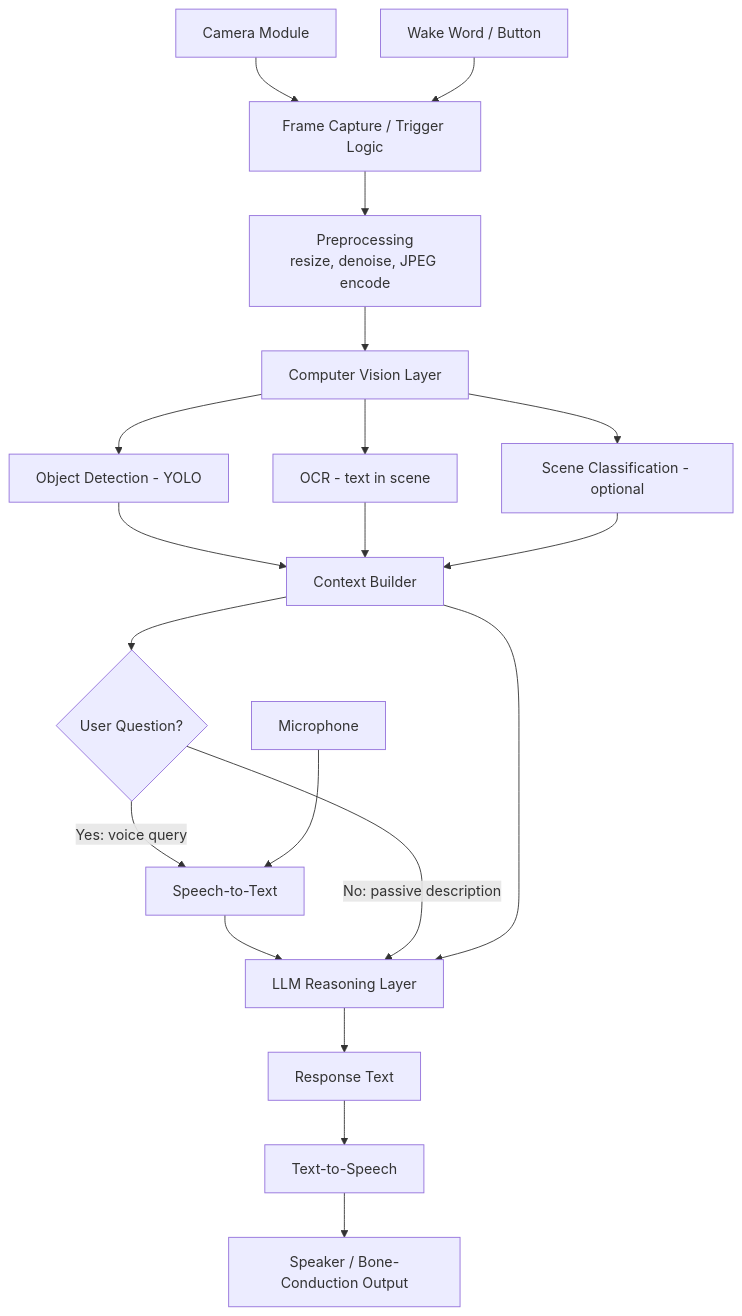
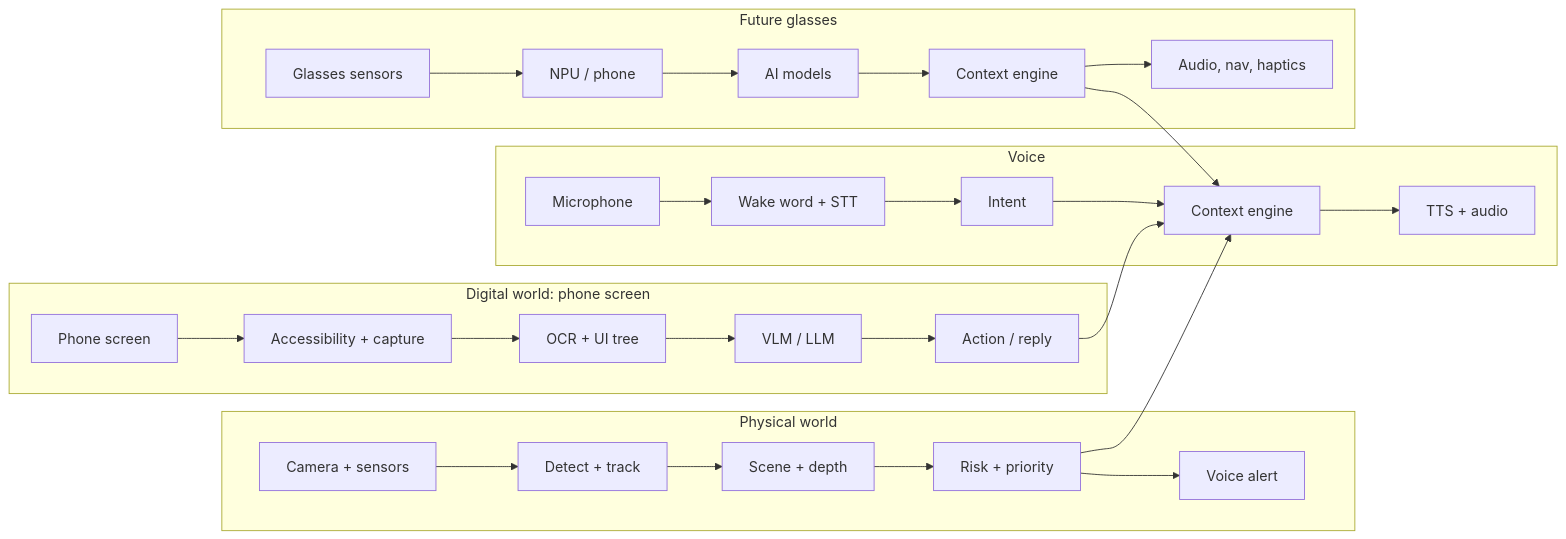
The diagram in README.md (b0o0da/AI-Powered-Smart-Glasses), drawn with Mermaid before and after one commit. The commit also changed other lines of this file and 1 other file, not shown here.

````diff
--- a/README.md
+++ b/README.md
@@ -54,23 +76,30 @@
 ```mermaid
-flowchart TD
-    A[Camera Module] --> B[Frame Capture / Trigger Logic]
-    B --> C[Preprocessing<br/>resize, denoise, JPEG encode]
-    C --> D[Computer Vision Layer]
-    D --> D1[Object Detection - YOLO]
-    D --> D2[OCR - text in scene]
-    D --> D3[Scene Classification - optional]
-    D1 --> E[Context Builder]
-    D2 --> E
-    D3 --> E
-    E --> F{User Question?}
-    F -->|Yes: voice query| G[Speech-to-Text]
-    G --> H[LLM Reasoning Layer]
-    F -->|No: passive description| H
-    E --> H
-    H --> I[Response Text]
-    I --> J[Text-to-Speech]
-    J --> K[Speaker / Bone-Conduction Output]
-
-    L[Microphone] --> G
-    M[Wake Word / Button] --> B
+flowchart LR
+    subgraph Physical[Physical world]
+        A[Camera + sensors] --> B[Detect + track]
+        B --> C[Scene + depth]
+        C --> D[Risk + priority]
+        D --> E[Voice alert]
+    end
+    subgraph Digital[Digital world: phone screen]
+        F[Phone screen] --> G[Accessibility + capture]
+        G --> H[OCR + UI tree]
+        H --> I[VLM / LLM]
+        I --> J[Action / reply]
+    end
+    subgraph Voice
+        K[Microphone] --> L[Wake word + STT]
+        L --> M[Intent]
+        M --> N[Context engine]
+        N --> O[TTS + audio]
+    end
+    subgraph Glasses[Future glasses]
+        P[Glasses sensors] --> Q[NPU / phone]
+        Q --> R[AI models]
+        R --> S[Context engine]
+        S --> T[Audio, nav, haptics]
+    end
+    D --> N
+    J --> N
+    S --> N
 ```
````
